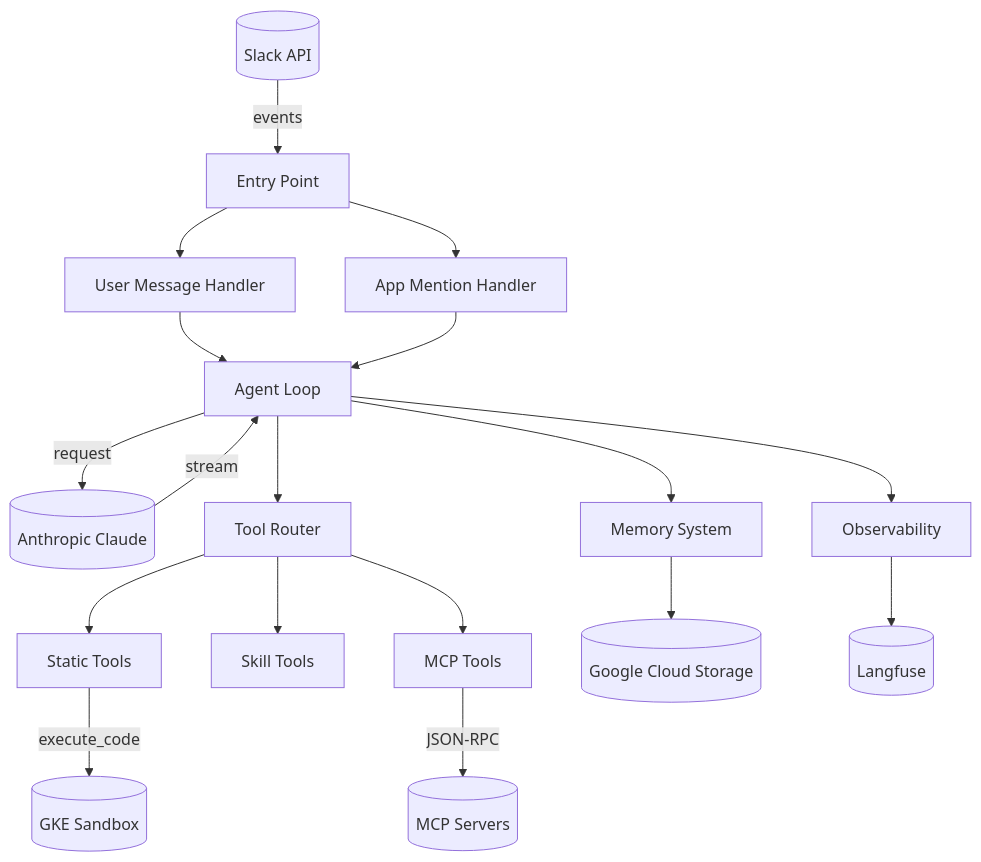
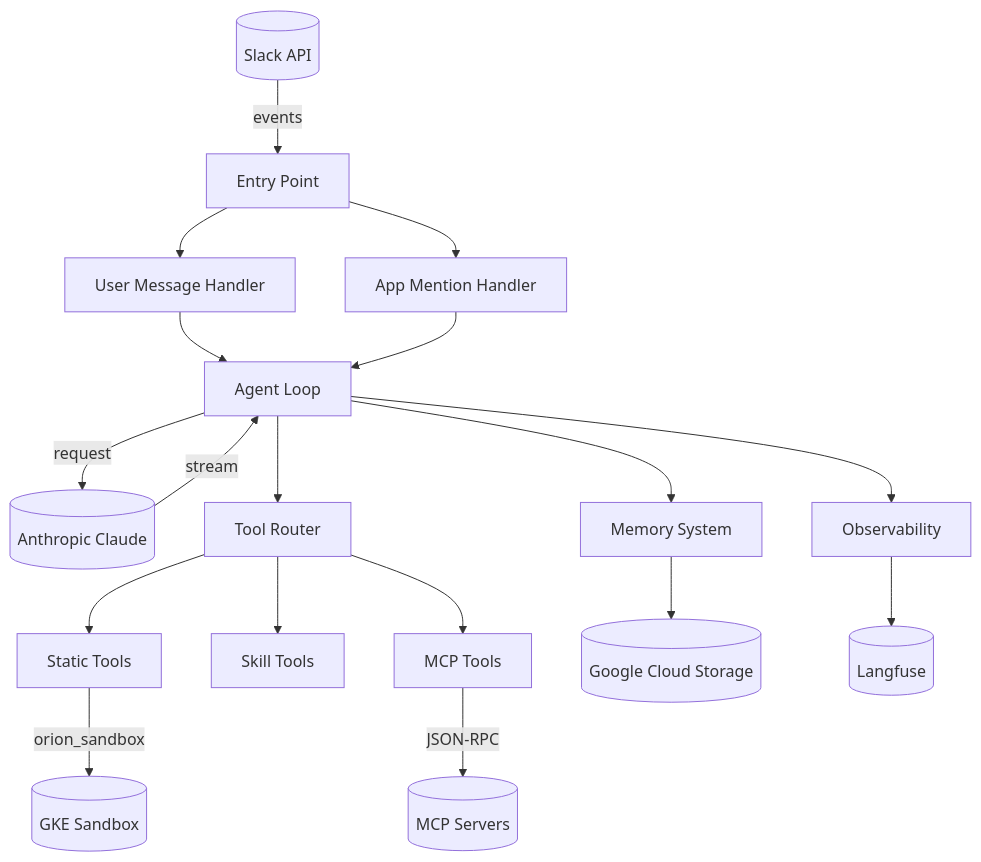
The first of 7 diagrams in docs/architecture-diagrams.md (sidart10/orion-slackbot), drawn with Mermaid before and after one commit. The commit also changed other lines of this file and 81 other files, not shown here.

````diff
--- a/docs/architecture-diagrams.md
+++ b/docs/architecture-diagrams.md
@@ -25,26 +25,26 @@
 ```mermaid
 graph TB
     Slack[(Slack API)] -->|events| Entry[Entry Point]
     Entry --> UserMsg[User Message Handler]
     Entry --> AppMention[App Mention Handler]
 
     UserMsg --> Loop[Agent Loop]
     AppMention --> Loop
 
     Loop -->|request| Claude[(Anthropic Claude)]
     Claude -->|stream| Loop
 
     Loop --> Router[Tool Router]
     Router --> Static[Static Tools]
     Router --> Skills[Skill Tools]
     Router --> MCPTools[MCP Tools]
 
-    Static -->|execute_code| GKE[(GKE Sandbox)]
+    Static -->|orion_sandbox| GKE[(GKE Sandbox)]
     MCPTools -->|JSON-RPC| MCP[(MCP Servers)]
 
     Loop --> Memory[Memory System]
     Memory --> GCS[(Google Cloud Storage)]
 
     Loop --> Observe[Observability]
     Observe --> Langfuse[(Langfuse)]
 ```
````
